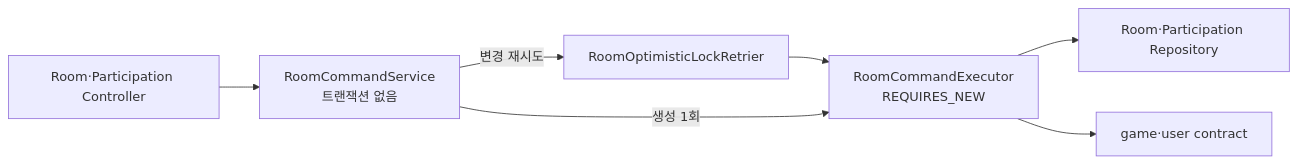
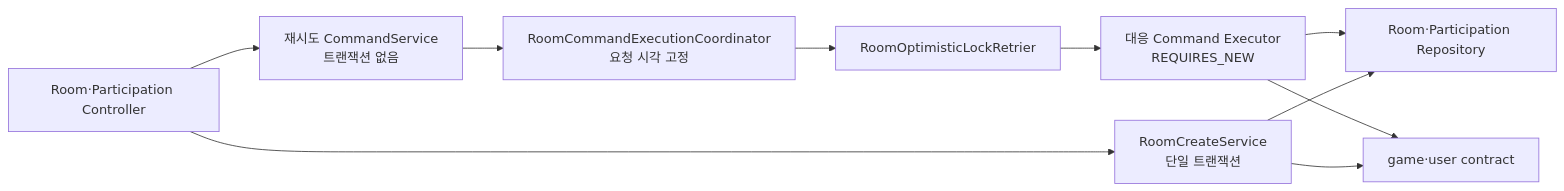
The third of 3 diagrams in docs/ARCHITECTURE.md (bamsongi-club/albam-mate), drawn with Mermaid before and after one commit. The commit also changed other lines of this file and 1 other file, not shown here.

Commit message:
docs: ROOM 유스케이스 구조 기준 반영

````diff
--- a/docs/ARCHITECTURE.md
+++ b/docs/ARCHITECTURE.md
@@ -204,9 +226,12 @@
 ```mermaid
 flowchart LR
-    controller["Room·Participation Controller"] --> command["RoomCommandService<br/>트랜잭션 없음"]
-    command -->|"변경 재시도"| retrier["RoomOptimisticLockRetrier"]
-    retrier --> executor["RoomCommandExecutor<br/>REQUIRES_NEW"]
-    command -->|"생성 1회"| executor
+    controller["Room·Participation Controller"] --> retryCommand["재시도 CommandService<br/>트랜잭션 없음"]
+    retryCommand --> coordinator["RoomCommandExecutionCoordinator<br/>요청 시각 고정"]
+    coordinator --> retrier["RoomOptimisticLockRetrier"]
+    retrier --> executor["대응 Command Executor<br/>REQUIRES_NEW"]
     executor --> repositories["Room·Participation Repository"]
     executor --> contracts["game·user contract"]
+    controller --> create["RoomCreateService<br/>단일 트랜잭션"]
+    create --> repositories
+    create --> contracts
 ```
````
